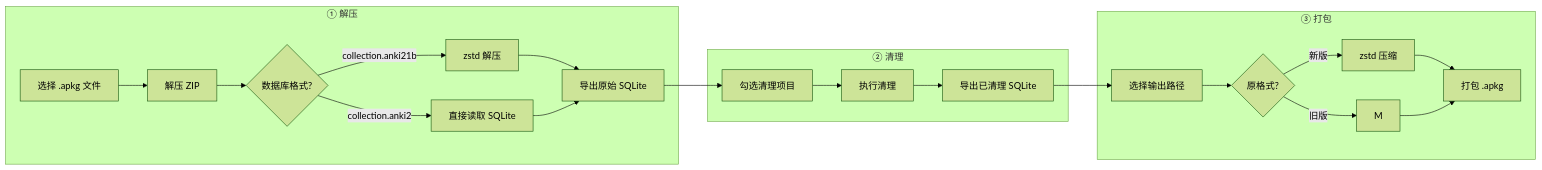
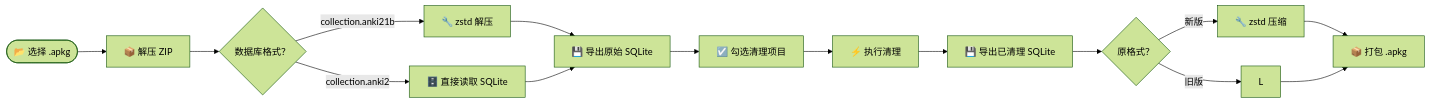
Before and after one commit to frankzheng43/AnkiHTMLCleaner: the first of 2 diagrams in README.md, drawn with Mermaid (forest theme).

Commit message:
美化流程图：去掉子图，增加图标，线性布局

````diff
--- a/README.md
+++ b/README.md
@@ -7,27 +7,17 @@
 ```mermaid
-graph LR
-    subgraph Step1["① 解压"]
-        A[选择 .apkg 文件] --> B[解压 ZIP]
-        B --> C1{数据库格式?}
-        C1 -->|collection.anki21b| D[zstd 解压]
-        C1 -->|collection.anki2| E[直接读取 SQLite]
-        D --> F[导出原始 SQLite]
-        E --> F
-    end
-
-    subgraph Step2["② 清理"]
-        G[勾选清理项目] --> H[执行清理]
-        H --> I[导出已清理 SQLite]
-    end
-
-    subgraph Step3["③ 打包"]
-        J[选择输出路径] --> K1{原格式?}
-        K1 -->|新版| L[zstd 压缩]
-        K1 -->|旧版| M
-        L --> N[打包 .apkg]
-        M --> N
-    end
-
-    F --> G
-    I --> J
+flowchart LR
+    A(["📂 选择 .apkg"]) -->
+    B["📦 解压 ZIP"] -->
+    C{"数据库格式？"}
+    C -->|collection.anki21b| D["🔧 zstd 解压"]
+    C -->|collection.anki2| E["🗄️ 直接读取 SQLite"]
+    D & E --> F["💾 导出原始 SQLite"]
+    F --> G["☑️ 勾选清理项目"]
+    G --> H["⚡ 执行清理"]
+    H --> I["💾 导出已清理 SQLite"]
+    I --> J{"原格式？"}
+    J -->|新版| K["🔧 zstd 压缩"]
+    J -->|旧版| L
+    K --> M["📦 打包 .apkg"]
+    L --> M
 ```
````
